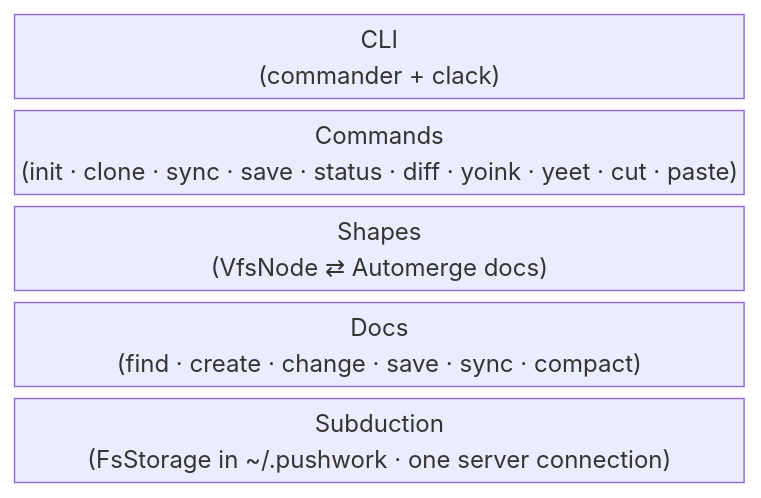
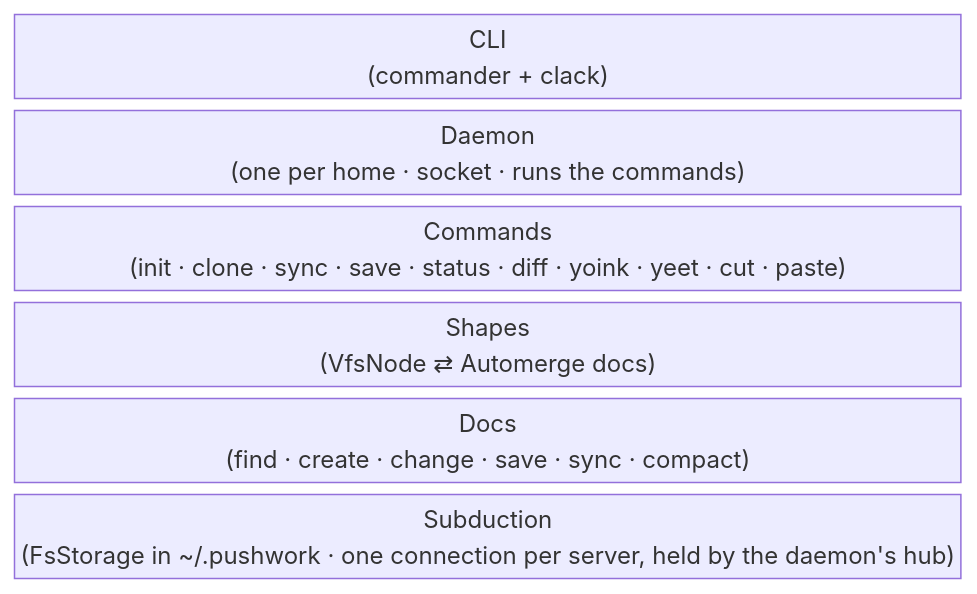
Before and after one commit to inkandswitch/pushwork: the diagram in design/README.md, drawn with Mermaid. The commit also changed other lines of this file and 7 other files, not shown here.

````diff
--- a/design/README.md
+++ b/design/README.md
@@ -17,9 +18,10 @@
 ```mermaid
 block-beta
     columns 1
     CLI["CLI<br/>(commander + clack)"]
+    Daemon["Daemon<br/>(one per home · socket · runs the commands)"]
     Commands["Commands<br/>(init · clone · sync · save · status · diff · yoink · yeet · cut · paste)"]
     Shapes["Shapes<br/>(VfsNode ⇄ Automerge docs)"]
     Docs["Docs<br/>(find · create · change · save · sync · compact)"]
-    Subduction["Subduction<br/>(FsStorage in ~/.pushwork · one server connection)"]
+    Subduction["Subduction<br/>(FsStorage in ~/.pushwork · one connection per server, held by the daemon's hub)"]
 ```
````
